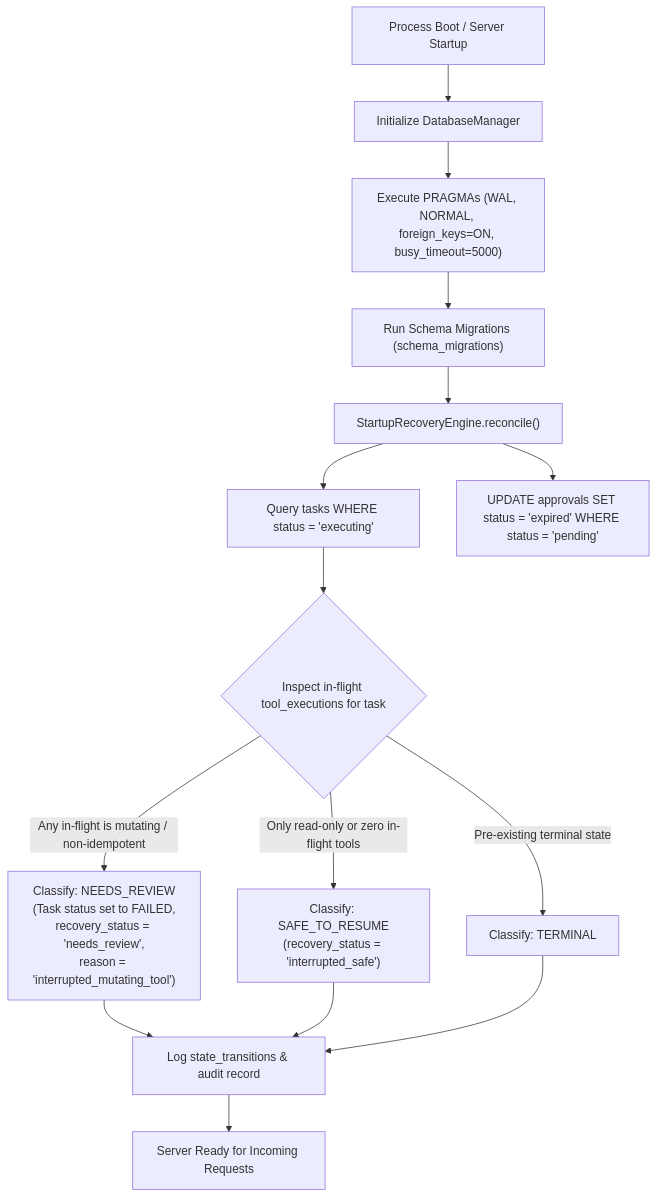
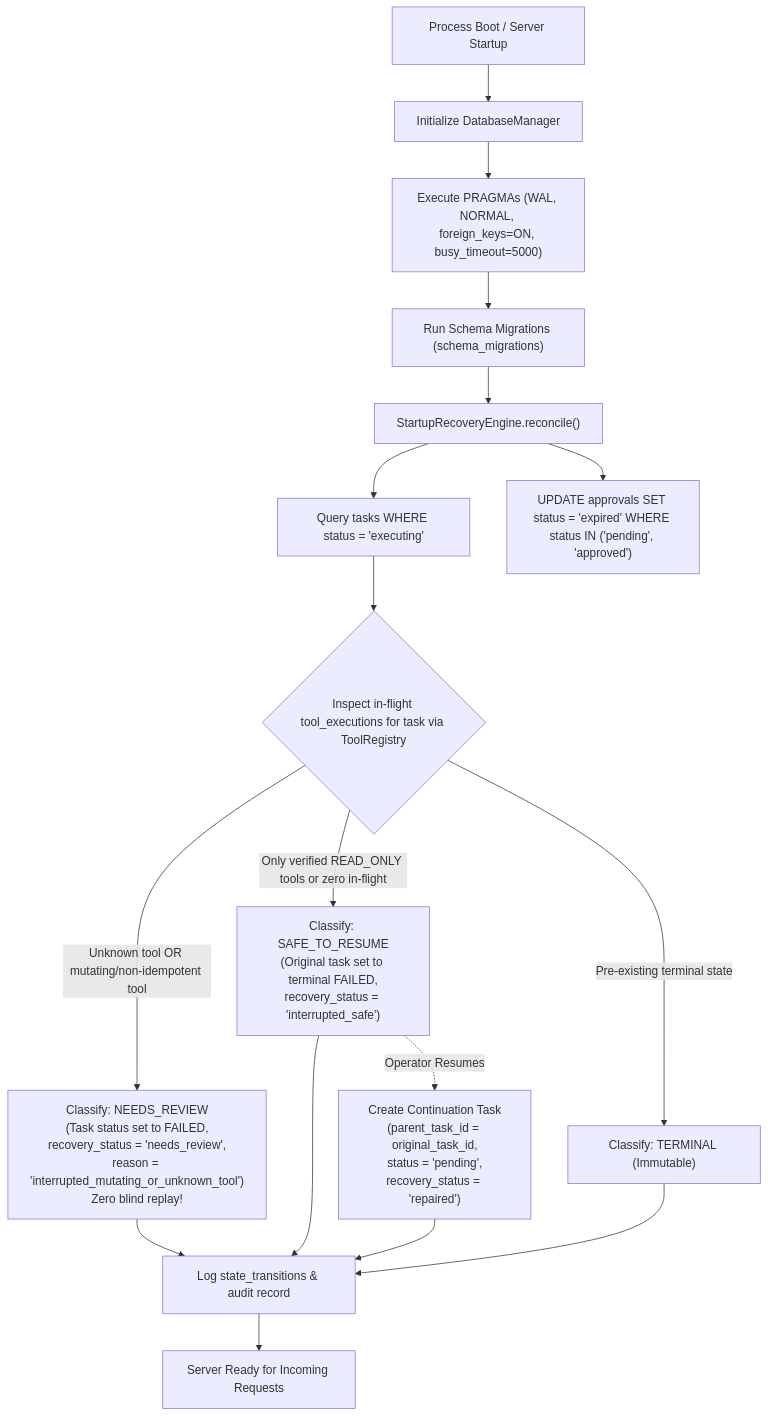
The third of 5 diagrams in docs/reports/phase-7/phase-7-design.md (VinayakaK2/Chatbot), drawn with Mermaid before and after one commit. The commit also changed other lines of this file and 15 other files, not shown here.

````diff
--- a/docs/reports/phase-7/phase-7-design.md
+++ b/docs/reports/phase-7/phase-7-design.md
@@ -130,22 +130,25 @@
 ```mermaid
 flowchart TD
     Start["Process Boot / Server Startup"] --> DBInit["Initialize DatabaseManager"]
     DBInit --> PRAGMAS["Execute PRAGMAs (WAL, NORMAL, foreign_keys=ON, busy_timeout=5000)"]
     PRAGMAS --> Migrations["Run Schema Migrations (schema_migrations)"]
     Migrations --> Scan["StartupRecoveryEngine.reconcile()"]
     
     Scan --> FindExecuting["Query tasks WHERE status = 'executing'"]
-    Scan --> InvalidateApprovals["UPDATE approvals SET status = 'expired' WHERE status = 'pending'"]
+    Scan --> InvalidateApprovals["UPDATE approvals SET status = 'expired' WHERE status IN ('pending', 'approved')"]
     
-    FindExecuting --> CheckTools{"Inspect in-flight tool_executions for task"}
+    FindExecuting --> CheckTools{"Inspect in-flight tool_executions for task via ToolRegistry"}
     
-    CheckTools -->|Any in-flight is mutating / non-idempotent| NeedsReview["Classify: NEEDS_REVIEW<br/>(Task status set to FAILED,<br/>recovery_status = 'needs_review',<br/>reason = 'interrupted_mutating_tool')"]
-    CheckTools -->|Only read-only or zero in-flight tools| SafeResume["Classify: SAFE_TO_RESUME<br/>(recovery_status = 'interrupted_safe')"]
-    CheckTools -->|Pre-existing terminal state| Terminal["Classify: TERMINAL"]
+    CheckTools -->|Unknown tool OR mutating/non-idempotent tool| NeedsReview["Classify: NEEDS_REVIEW<br/>(Task status set to FAILED,<br/>recovery_status = 'needs_review',<br/>reason = 'interrupted_mutating_or_unknown_tool')<br/>Zero blind replay!"]
+    CheckTools -->|Only verified READ_ONLY tools or zero in-flight| SafeResume["Classify: SAFE_TO_RESUME<br/>(Original task set to terminal FAILED,<br/>recovery_status = 'interrupted_safe')"]
+    CheckTools -->|Pre-existing terminal state| Terminal["Classify: TERMINAL (Immutable)"]
     
     NeedsReview --> WriteTransitions["Log state_transitions & audit record"]
     SafeResume --> WriteTransitions
     Terminal --> WriteTransitions
+
+    SafeResume -.->|Operator Resumes| Continuation["Create Continuation Task<br/>(parent_task_id = original_task_id,<br/>status = 'pending',<br/>recovery_status = 'repaired')"]
+    Continuation --> WriteTransitions
     
     WriteTransitions --> Ready["Server Ready for Incoming Requests"]
 ```
````
